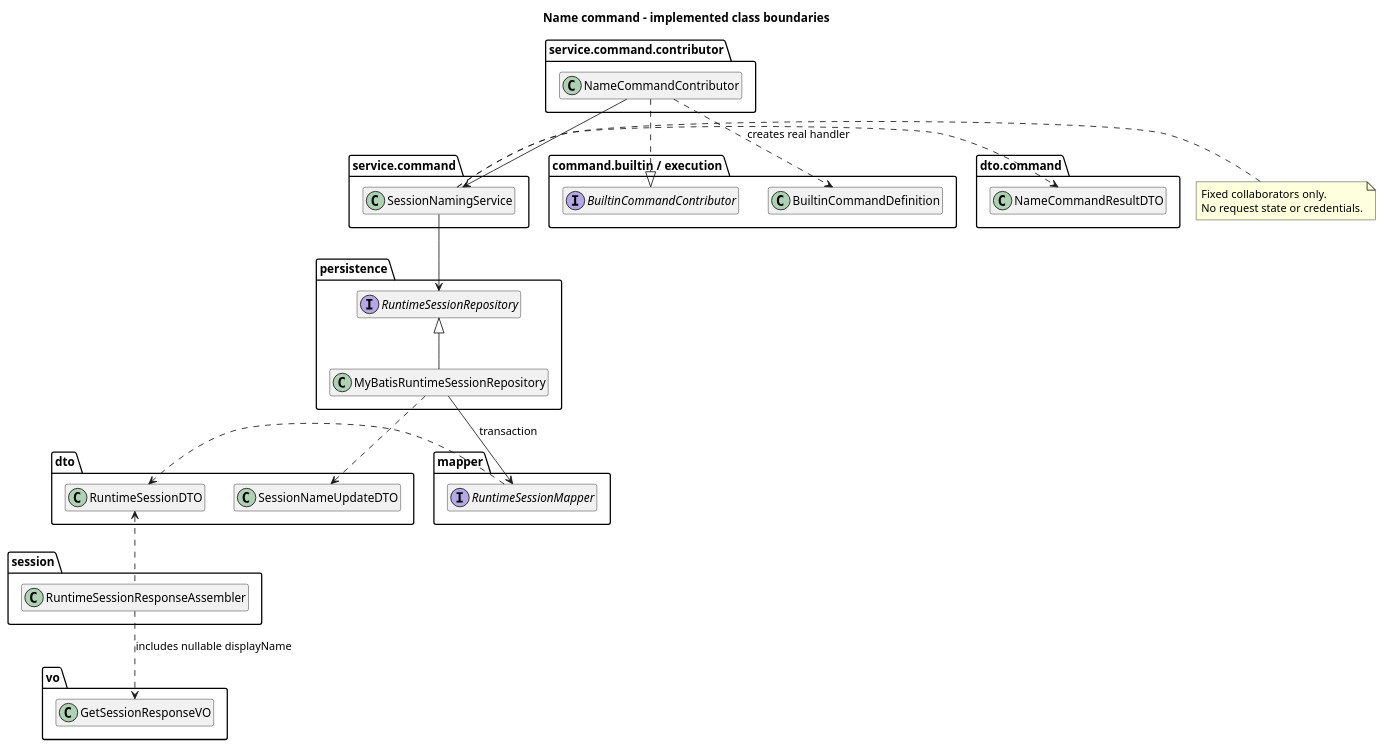
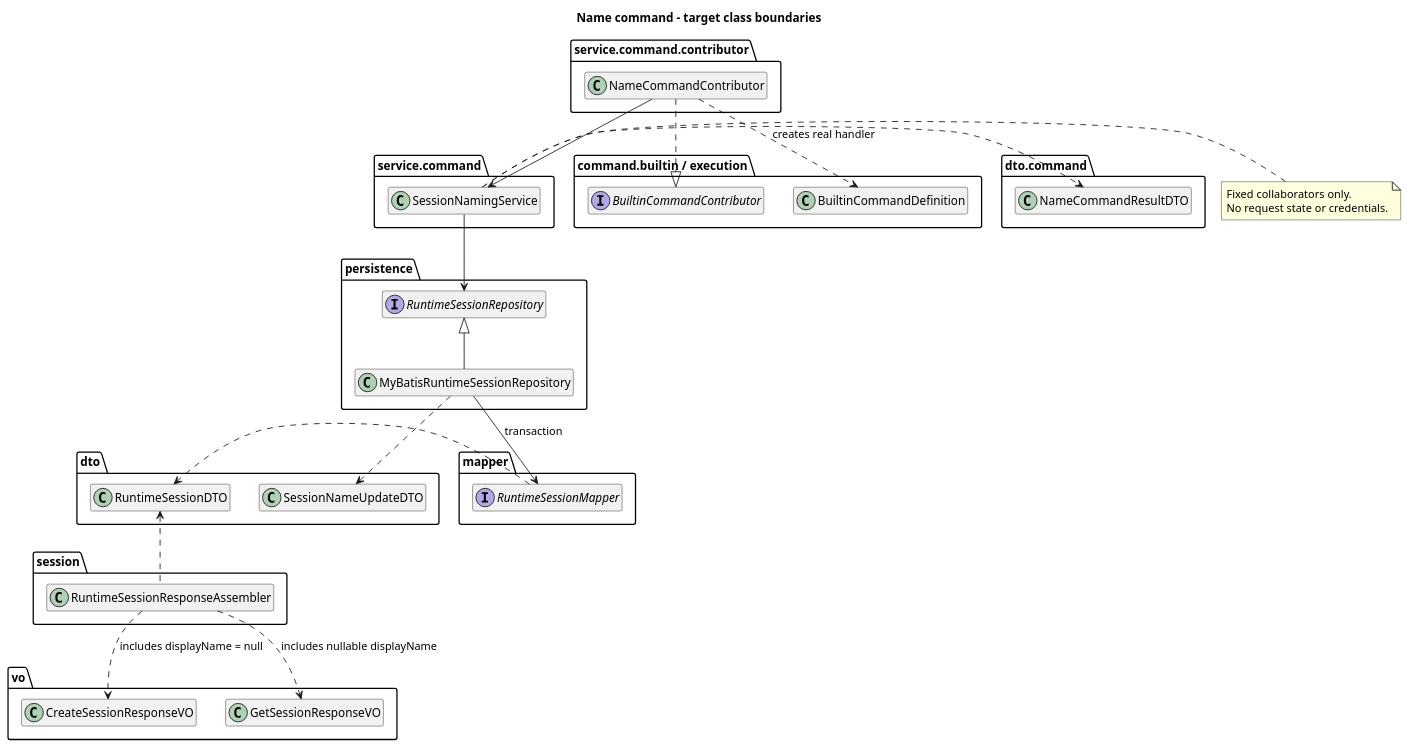
The first of 2 diagrams in docs/designs/builtin-command-name/diagram.puml (2862282695gjh-afk/pi-mono-java), drawn with PlantUML before and after one commit. The commit also changed 4 other files, not shown here.

Commit message:
docs(command): 对齐 Name 创建契约与统一实现责任

```diff
--- a/docs/designs/builtin-command-name/diagram.puml
+++ b/docs/designs/builtin-command-name/diagram.puml
@@ -1,64 +1,67 @@
 @startuml builtin_name_layers
 ' Java baseline: dfb90cac4e233e09a0b8f047f7e9f4682f5ad238
 ' Name implementation: fe50e8d1bbd45c87b300bba71612b80350c3c1a6
+' Creation response correction: cf6c515305bd6ac67ca261f42d697be8ef03cf6d
 ' Java root: modules/coding-agent-cli/src/main/java/com/campusclaw/codingagent/runtimeapi/
 ' Sources: service/command/contributor/NameCommandContributor.java:definition
 ' Sources: service/command/SessionNamingService.java:execute,normalizeName
 ' Sources: persistence/MyBatisRuntimeSessionRepository.java:updateName
-' Sources: session/RuntimeSessionResponseAssembler.java:getView
+' Sources: session/RuntimeSessionResponseAssembler.java:createView,getView
 ' pi: 4af9d21d3b4d664e4a29fcabfec85171077248e3
 ' pi source: packages/coding-agent/src/core/session-manager.ts:appendSessionInfo,getSessionName
 ' Observed behavior: pi appends session_info and reads the latest name from history.
 ' Java divergence: one nullable column stores the current name; no name history.
 ' Design reason: separate validation, transaction ownership, DTOs and the existing HTTP view.
-title Name command - implemented class boundaries
+title Name command - target class boundaries
 set namespaceSeparator none
 skinparam shadowing false
 skinparam classAttributeIconSize 0
 hide empty members
 package "command.builtin / execution" {
   interface "BuiltinCommandContributor" as SPI
   class "BuiltinCommandDefinition" as Definition
 }
 package "service.command.contributor" {
   class "NameCommandContributor" as Contributor
 }
 package "service.command" {
   class "SessionNamingService" as Service
 }
 package "persistence" {
   interface "RuntimeSessionRepository" as Port
   class "MyBatisRuntimeSessionRepository" as Repository
 }
 package "mapper" {
   interface "RuntimeSessionMapper" as Mapper
 }
 package "dto.command" {
   class "NameCommandResultDTO" as Result
 }
 package "dto" {
   class "SessionNameUpdateDTO" as Update
   class "RuntimeSessionDTO" as Session
 }
 package "session" {
   class "RuntimeSessionResponseAssembler" as Assembler
 }
 package "vo" {
+  class "CreateSessionResponseVO" as CreateView
   class "GetSessionResponseVO" as View
 }
 Contributor ..|> SPI
 Contributor ..> Definition : creates real handler
 Contributor -down-> Service
 Service -down-> Port
 Service .right.> Result
 Repository -up-|> Port
 Repository -down-> Mapper : transaction
 Repository .right.> Update
 Mapper .right.> Session
 Assembler .up.> Session
+Assembler .down.> CreateView : includes displayName = null
 Assembler .down.> View : includes nullable displayName
 note right of Service
   Fixed collaborators only.
   No request state or credentials.
 end note
 @enduml
```
